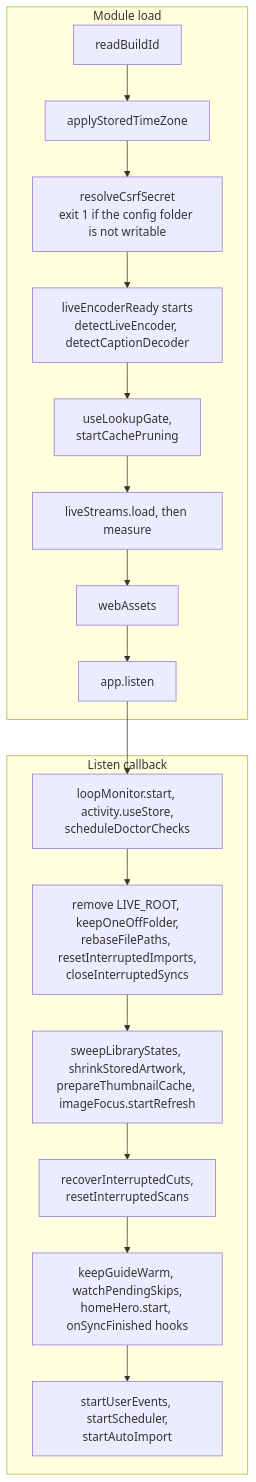
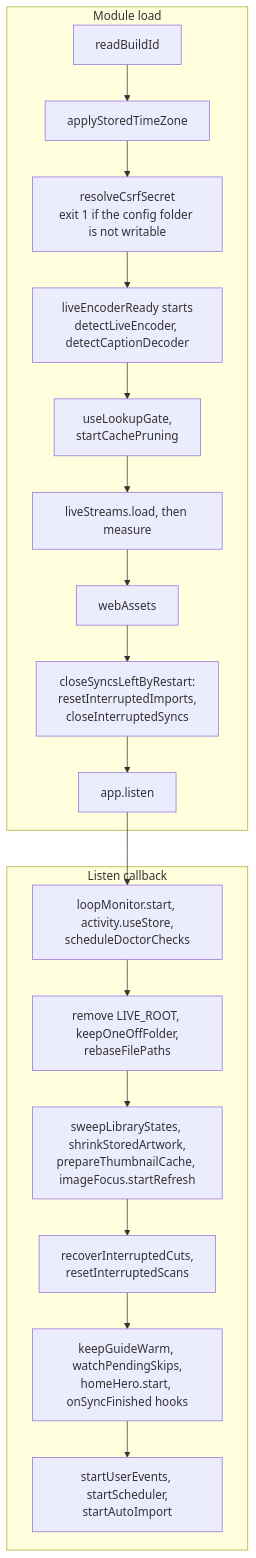
One commit to furey/freetvarr changed the third of 9 diagrams in docs/DEEP_DIVE.md. Above: the diagram before and after it, drawn with Mermaid. The commit also changed other lines of this file and 8 other files, not shown here.

Commit message:
Ran the scheduled health check with the live encoder and stream readings, warned in Health when the guide grabber reads an old Freetvarr address, and closed interrupted syncs before the server accepts requests.

````diff
--- a/docs/DEEP_DIVE.md
+++ b/docs/DEEP_DIVE.md
@@ -158,23 +158,24 @@
 ```mermaid
 flowchart TD
   subgraph load["Module load"]
     build["readBuildId"]
     tz["applyStoredTimeZone"]
     csrf["resolveCsrfSecret<br>exit 1 if the config folder is not writable"]
     enc["liveEncoderReady starts<br>detectLiveEncoder, detectCaptionDecoder"]
     gate["useLookupGate,<br>startCachePruning"]
     bench["liveStreams.load, then measure"]
     web["webAssets"]
+    syncs["closeSyncsLeftByRestart:<br>resetInterruptedImports,<br>closeInterruptedSyncs"]
     listen["app.listen"]
   end
   subgraph callback["Listen callback"]
     loop["loopMonitor.start, activity.useStore,<br>scheduleDoctorChecks"]
-    reconcile["remove LIVE_ROOT, keepOneOffFolder,<br>rebaseFilePaths, resetInterruptedImports,<br>closeInterruptedSyncs"]
+    reconcile["remove LIVE_ROOT, keepOneOffFolder,<br>rebaseFilePaths"]
     sweep["sweepLibraryStates, shrinkStoredArtwork,<br>prepareThumbnailCache, imageFocus.startRefresh"]
     adrec["recoverInterruptedCuts,<br>resetInterruptedScans"]
     warm["keepGuideWarm, watchPendingSkips,<br>homeHero.start, onSyncFinished hooks"]
     start["startUserEvents, startScheduler,<br>startAutoImport"]
   end
-  build --> tz --> csrf --> enc --> gate --> bench --> web --> listen
+  build --> tz --> csrf --> enc --> gate --> bench --> web --> syncs --> listen
   listen --> loop --> reconcile --> sweep --> adrec --> warm --> start
 ```
````
